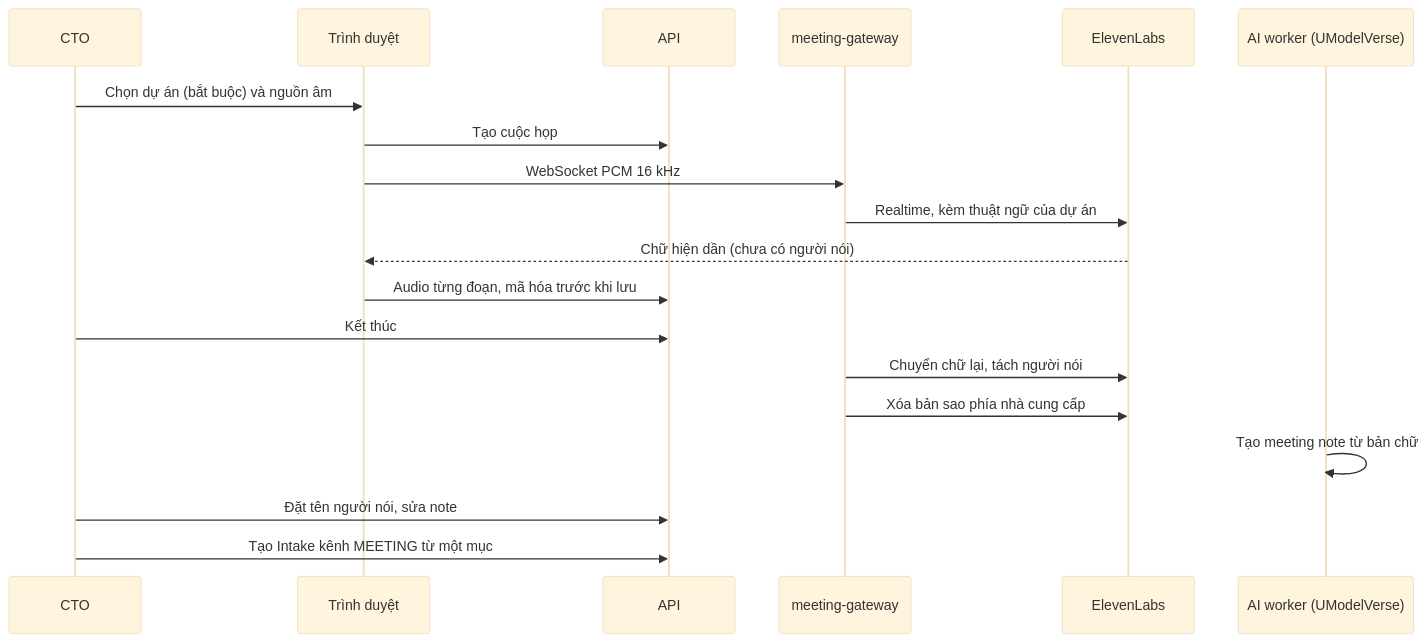
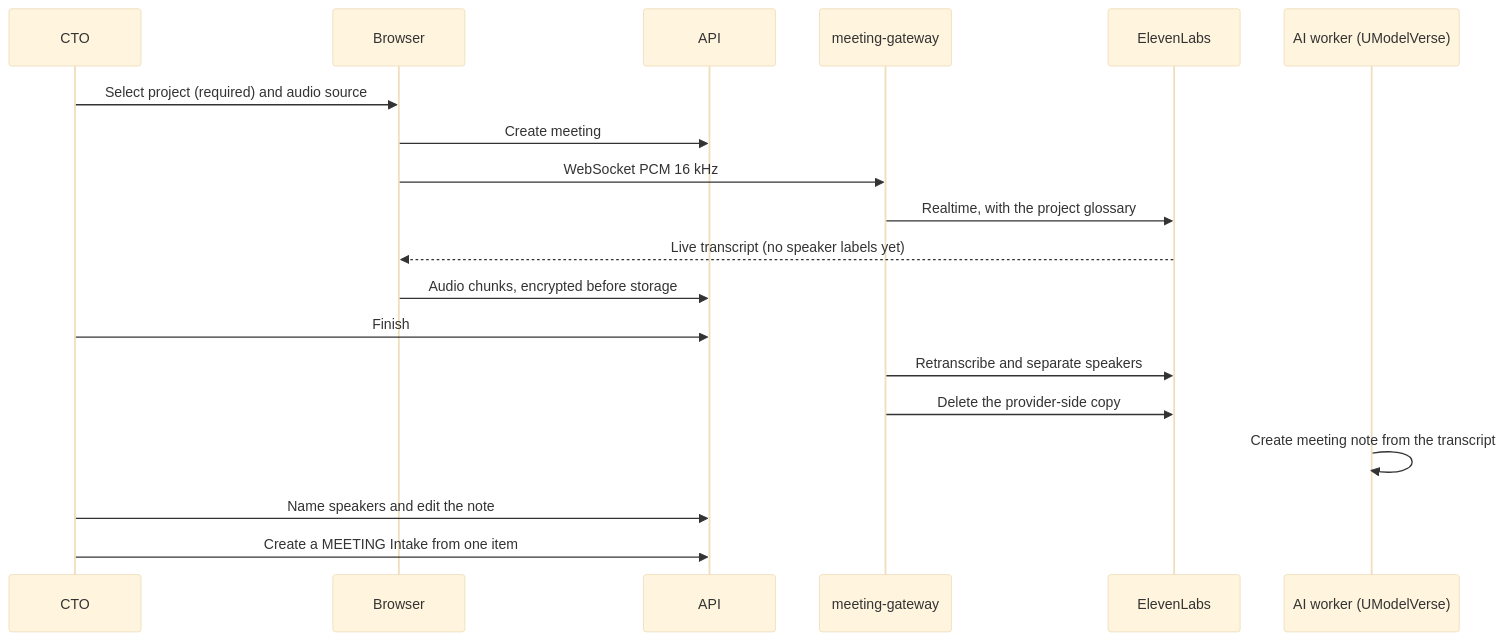
One commit to ZiniSoft/intake changed the tenth of 11 diagrams in docs/stable/flows.md. Above: the diagram before and after it, drawn with Mermaid (base theme). The commit also changed other lines of this file and 70 other files, not shown here.

````diff
--- a/docs/stable/flows.md
+++ b/docs/stable/flows.md
@@ -220,22 +220,22 @@
 ```mermaid
 sequenceDiagram
     participant CTO
-    participant Web as Trình duyệt
+    participant Web as Browser
     participant API
     participant GW as meeting-gateway
     participant EL as ElevenLabs
     participant AI as AI worker (UModelVerse)
 
-    CTO->>Web: Chọn dự án (bắt buộc) và nguồn âm
-    Web->>API: Tạo cuộc họp
+    CTO->>Web: Select project (required) and audio source
+    Web->>API: Create meeting
     Web->>GW: WebSocket PCM 16 kHz
-    GW->>EL: Realtime, kèm thuật ngữ của dự án
-    EL-->>Web: Chữ hiện dần (chưa có người nói)
-    Web->>API: Audio từng đoạn, mã hóa trước khi lưu
-    CTO->>API: Kết thúc
-    GW->>EL: Chuyển chữ lại, tách người nói
-    GW->>EL: Xóa bản sao phía nhà cung cấp
-    AI->>AI: Tạo meeting note từ bản chữ
-    CTO->>API: Đặt tên người nói, sửa note
-    CTO->>API: Tạo Intake kênh MEETING từ một mục
+    GW->>EL: Realtime, with the project glossary
+    EL-->>Web: Live transcript (no speaker labels yet)
+    Web->>API: Audio chunks, encrypted before storage
+    CTO->>API: Finish
+    GW->>EL: Retranscribe and separate speakers
+    GW->>EL: Delete the provider-side copy
+    AI->>AI: Create meeting note from the transcript
+    CTO->>API: Name speakers and edit the note
+    CTO->>API: Create a MEETING Intake from one item
 ```
````
